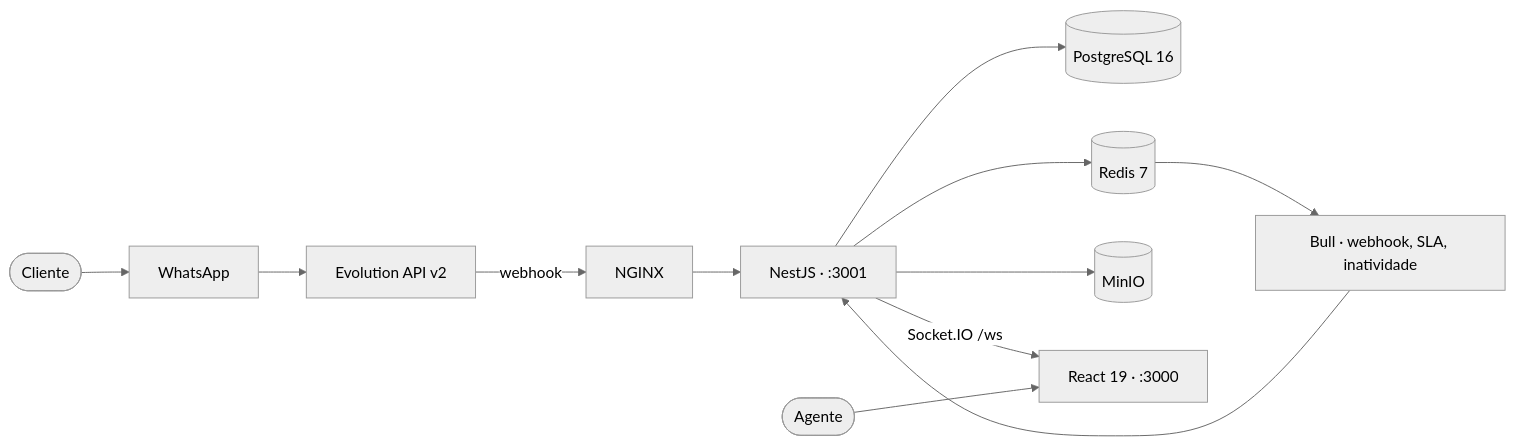
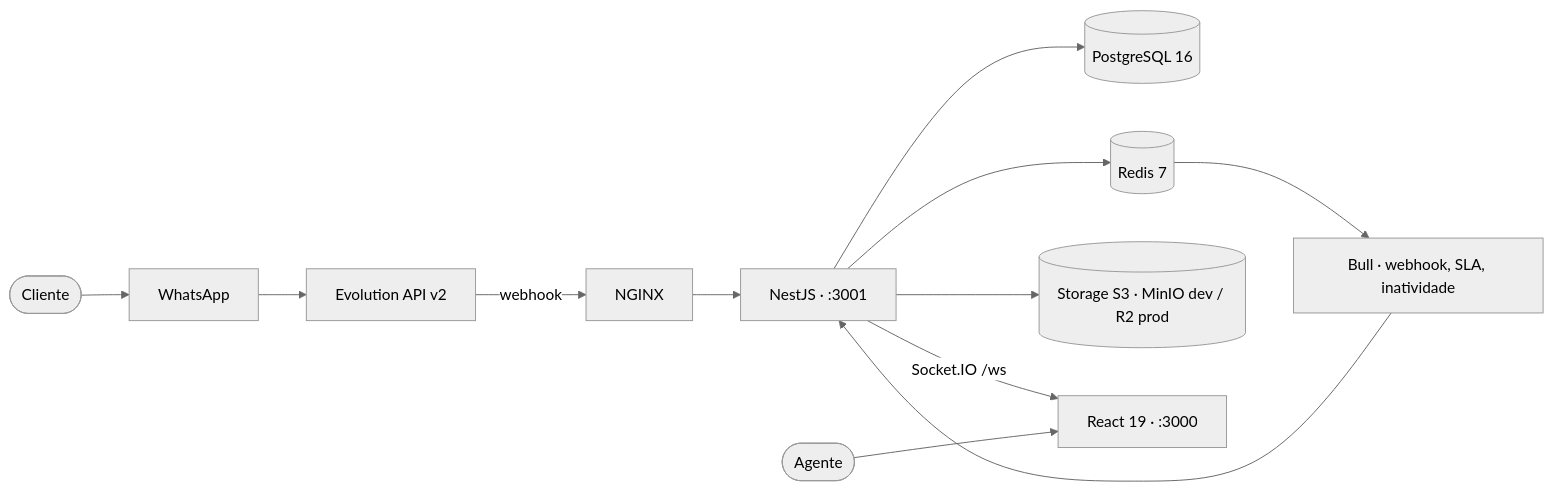
Before and after one commit to Cmdev2019/atendehub: the first of 2 diagrams in README.md, drawn with Mermaid (neutral theme). The commit also changed other lines of this file and 23 other files, not shown here.

First line of the commit message:
fix(infra): mídia de produção no Cloudflare R2, MinIO só em dev/CI [B-64]

````diff
--- a/README.md
+++ b/README.md
@@ -57,14 +57,14 @@
 ```mermaid
 flowchart LR
     C([Cliente]) --> WA[WhatsApp]
     WA --> EVO[Evolution API v2]
     EVO -->|webhook| NG[NGINX]
     NG --> API[NestJS · :3001]
     API --> PG[(PostgreSQL 16)]
     API --> RD[(Redis 7)]
-    API --> S3[(MinIO)]
+    API --> S3[(Storage S3 · MinIO dev / R2 prod)]
     RD --> BULL[Bull · webhook, SLA, inatividade]
     BULL --> API
     API -->|Socket.IO /ws| WEB[React 19 · :3000]
     AG([Agente]) --> WEB
 ```
````
